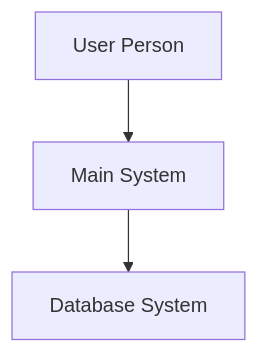
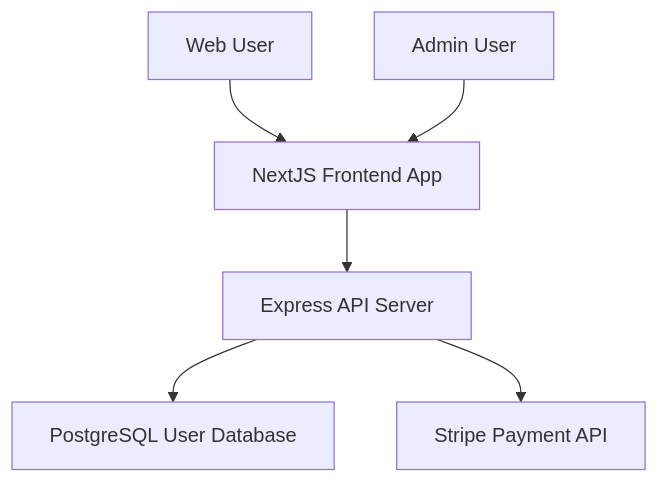
One commit to obzenner/archy changed the first of 2 diagrams in patterns/create_design_document_pattern.md. Above: the diagram before and after it, drawn with Mermaid. The commit also changed other lines of this file and 1 other file, not shown here.

````diff
--- a/patterns/create_design_document_pattern.md
+++ b/patterns/create_design_document_pattern.md
@@ -21,9 +21,15 @@
 ```mermaid
 flowchart TB
-    User[User Person]
-    System[Main System] 
-    Database[Database System]
+    WebUser[Web User]
+    AdminUser[Admin User]
+    NextJSApp[NextJS Frontend App]
+    ExpressAPI[Express API Server]
+    PostgreSQLDB[PostgreSQL User Database]
+    StripeAPI[Stripe Payment API]
     
-    User --> System
-    System --> Database
+    WebUser --> NextJSApp
+    AdminUser --> NextJSApp
+    NextJSApp --> ExpressAPI
+    ExpressAPI --> PostgreSQLDB
+    ExpressAPI --> StripeAPI
 ```
````
